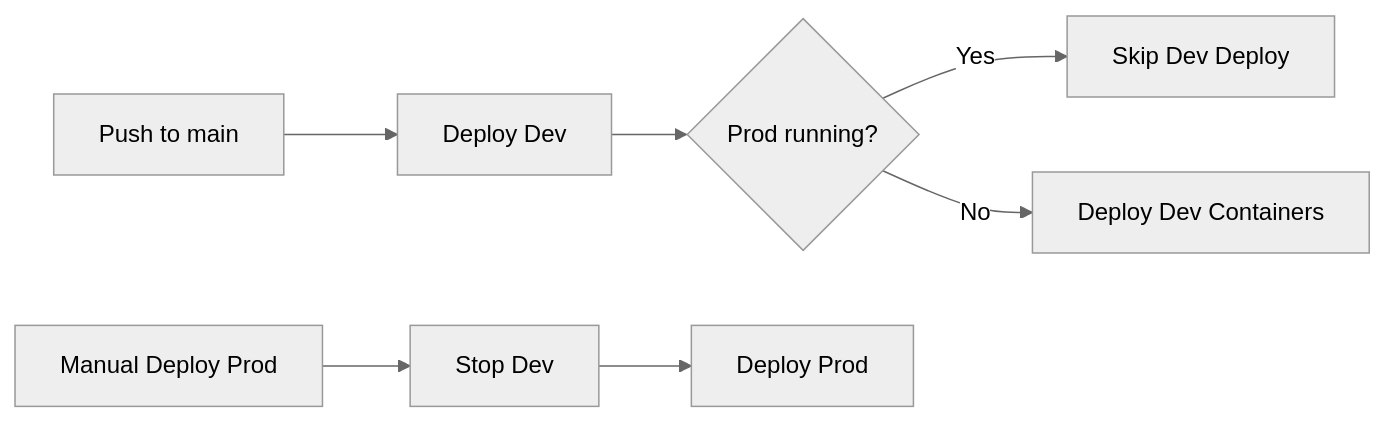
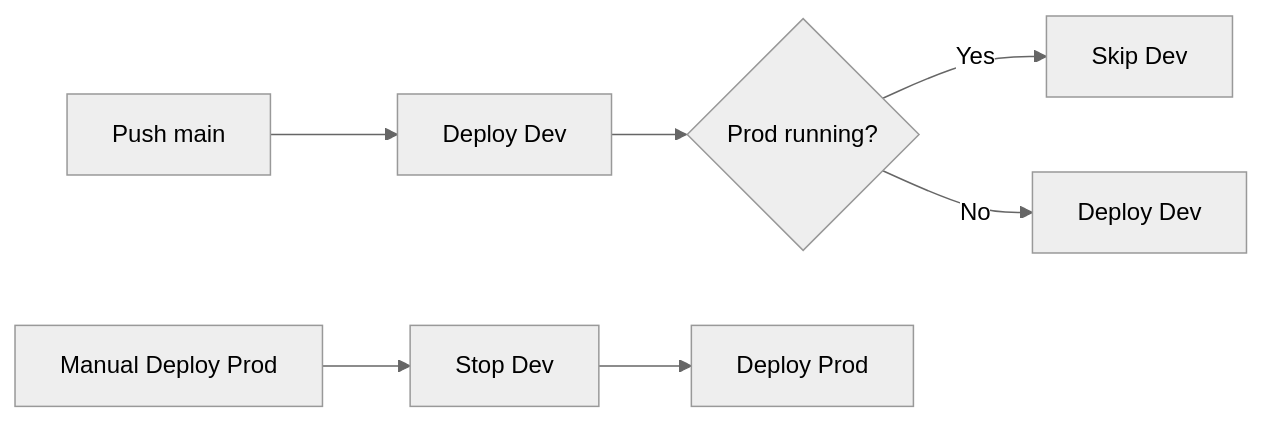
The second of 6 diagrams in docs/architecture-overview.md (N40134318/blog-system), drawn with Mermaid (neutral theme) before and after one commit. The commit also changed other lines of this file and 3 other files, not shown here.

````diff
--- a/docs/architecture-overview.md
+++ b/docs/architecture-overview.md
@@ -87,9 +89,10 @@
-```mermaid
+``` mermaid
 flowchart LR
-    A[Push to main] --> B[Deploy Dev]
-    B --> C{Prod running?}
-    C -- Yes --> D[Skip Dev Deploy]
-    C -- No --> E[Deploy Dev Containers]
-    F[Manual Deploy Prod] --> G[Stop Dev]
-    G --> H[Deploy Prod]
+A[Push main] --> B[Deploy Dev]
+B --> C{Prod running?}
+C -- Yes --> D[Skip Dev]
+C -- No --> E[Deploy Dev]
+
+F[Manual Deploy Prod] --> G[Stop Dev]
+G --> H[Deploy Prod]
 ```
````
